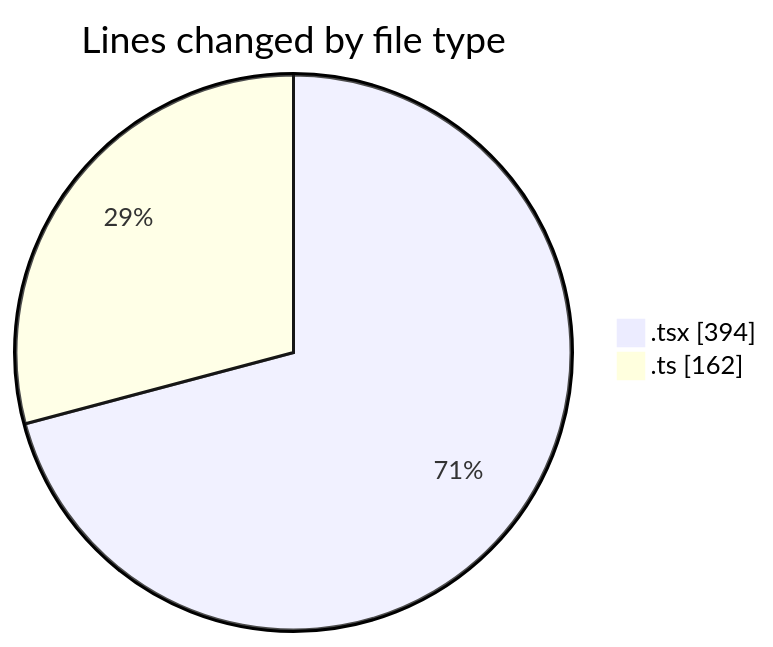
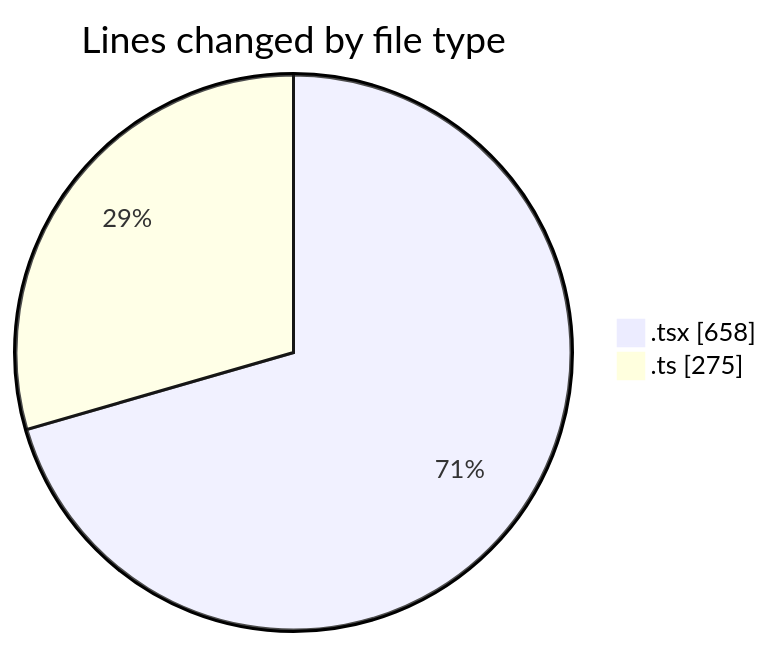
One commit to robertbonfada/code-tracking changed the first of 2 diagrams in 2025-05-20/mbc-web/README.md. Above: the diagram before and after it, drawn with Mermaid. The commit also changed other lines of this file and 1 other file, not shown here.

````diff
--- a/2025-05-20/mbc-web/README.md
+++ b/2025-05-20/mbc-web/README.md
@@ -24,6 +24,6 @@
 ```mermaid
 pie showData
 title Lines changed by file type
-".tsx" : 394
-".ts" : 162
+".tsx" : 658
+".ts" : 275
 ```
````
